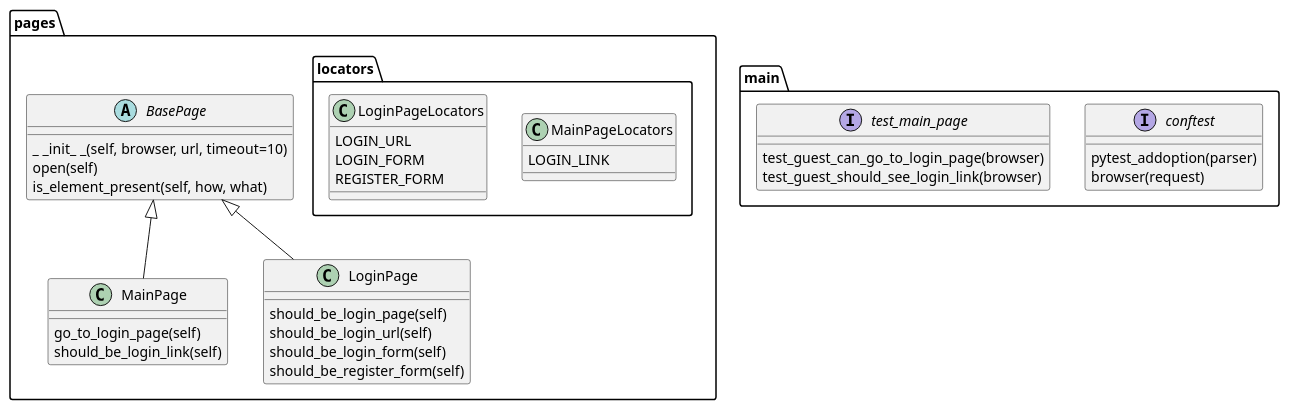
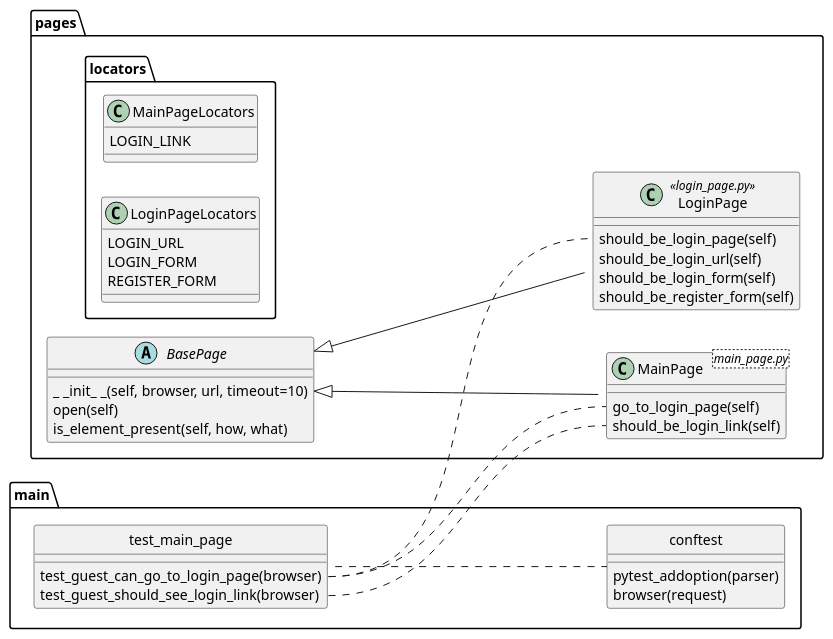
The diagram in pytest_2023.puml (Inna-Ko/pytest_2023), drawn with PlantUML before and after one commit.

Commit message:
hide class circles in the diagram

```diff
--- a/pytest_2023.puml
+++ b/pytest_2023.puml
@@ -1,54 +1,68 @@
 @startuml
 'https://plantuml.com/class-diagram
+skinparam ranksep 250
+left to right direction
 
 package pages {
 
     BasePage <|-- MainPage
     BasePage <|-- LoginPage
 
     abstract class BasePage {
     _ _init_ _(self, browser, url, timeout=10)
     open(self)
     is_element_present(self, how, what)
     }
 
-    class MainPage {
+    class MainPage <main_page.py>{
     go_to_login_page(self)
     should_be_login_link(self)
     }
 
-    class LoginPage {
+    class LoginPage <<login_page.py>>{
     should_be_login_page(self)
     should_be_login_url(self)
     should_be_login_form(self)
     should_be_register_form(self)
     }
 
     package locators {
         class MainPageLocators {
         LOGIN_LINK
         }
 
         class LoginPageLocators {
         LOGIN_URL
         LOGIN_FORM
         REGISTER_FORM
         }
     }
 }
 
 package main {
 
-    interface conftest {
+    class conftest {
     pytest_addoption(parser)
     browser(request)
     }
 
-    interface test_main_page {
+    class test_main_page {
     test_guest_can_go_to_login_page(browser)
     test_guest_should_see_login_link(browser)
     }
 }
 
+hide conftest circle
+hide test_main_page circle
 
+test_main_page::test_guest_can_go_to_login_page -[dashed]- MainPage::go_to_login_page
+test_main_page::test_guest_can_go_to_login_page -[dashed]- LoginPage::should_be_login_page
+
+test_main_page::test_guest_should_see_login_link -[dashed]- MainPage::should_be_login_link
+
+'MainPage::should_be_login_link -[dashed]- BasePage::is_element_present
+'LoginPage::should_be_login_form -[dashed]- BasePage::is_element_present
+'LoginPage::should_be_register_form -[dashed]- BasePage::is_element_present
+
+test_main_page -[dashed]- conftest
 @enduml
```
